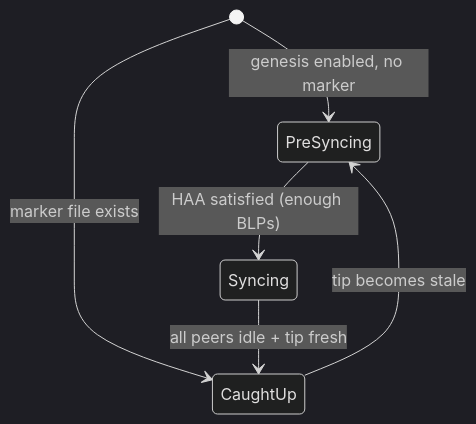
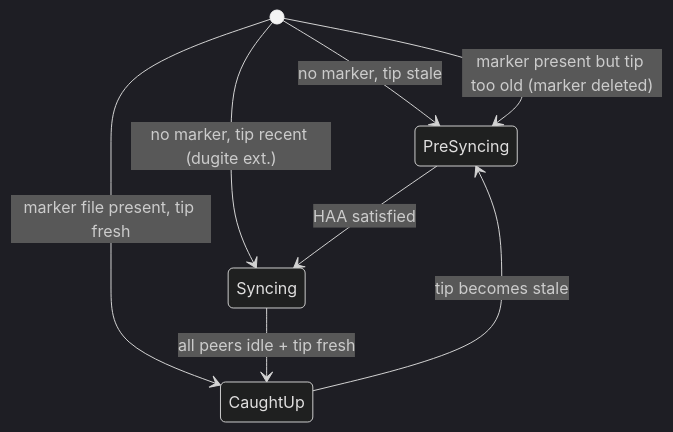
Before and after one commit to michaeljfazio/dugite: the diagram in docs/src/architecture/genesis-support.md, drawn with Mermaid (dark theme). The commit also changed other lines of this file and 54 other files, not shown here.

````diff
--- a/docs/src/architecture/genesis-support.md
+++ b/docs/src/architecture/genesis-support.md
@@ -28,8 +28,10 @@
 ```mermaid
 stateDiagram-v2
-    [*] --> PreSyncing: genesis enabled, no marker
-    [*] --> CaughtUp: marker file exists
-    PreSyncing --> Syncing: HAA satisfied (enough BLPs)
+    [*] --> PreSyncing: no marker, tip stale
+    [*] --> Syncing: no marker, tip recent (dugite ext.)
+    [*] --> CaughtUp: marker file present, tip fresh
+    [*] --> PreSyncing: marker present but tip too old (marker deleted)
+    PreSyncing --> Syncing: HAA satisfied
     Syncing --> CaughtUp: all peers idle + tip fresh
     CaughtUp --> PreSyncing: tip becomes stale
 ```
````
